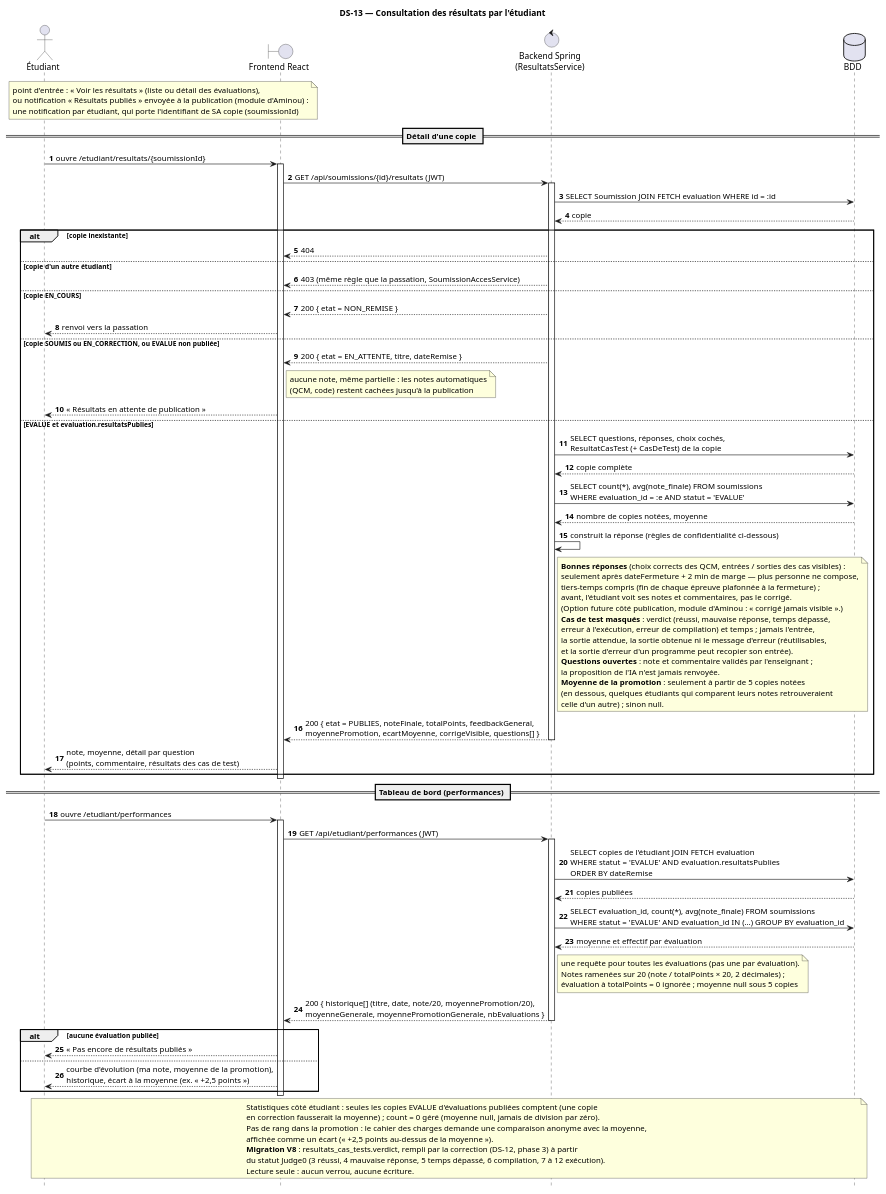
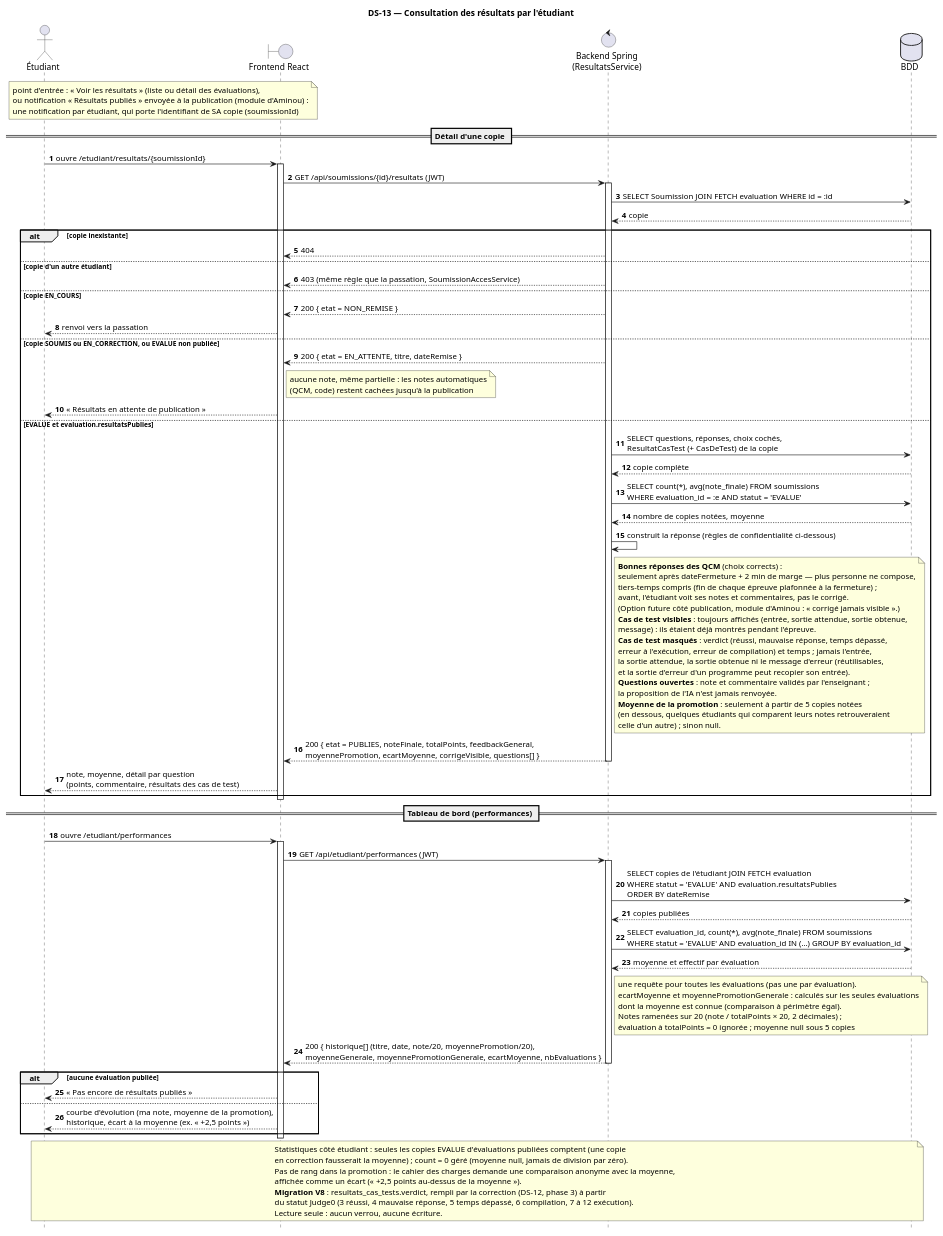
Before and after one commit to MorLeye75/eval-platform: the diagram in docs/diagrammes-sequence/DS-13-consultation-resultats.puml, drawn with PlantUML. The commit also changed 30 other files, not shown here.

```diff
--- a/docs/diagrammes-sequence/DS-13-consultation-resultats.puml
+++ b/docs/diagrammes-sequence/DS-13-consultation-resultats.puml
@@ -1,82 +1,84 @@
 @startuml DS-13_consultation_resultats
 title DS-13 — Consultation des résultats par l'étudiant
 hide footbox
 autonumber
 actor "Étudiant" as E
 boundary "Frontend React" as F
 control "Backend Spring\n(ResultatsService)" as B
 database "BDD" as D
 
 note over E, F : point d'entrée : « Voir les résultats » (liste ou détail des évaluations),\nou notification « Résultats publiés » envoyée à la publication (module d'Aminou) :\nune notification par étudiant, qui porte l'identifiant de SA copie (soumissionId)
 
 == Détail d'une copie ==
 E -> F : ouvre /etudiant/resultats/{soumissionId}
 activate F
 F -> B ++ : GET /api/soumissions/{id}/resultats (JWT)
 B -> D : SELECT Soumission JOIN FETCH evaluation WHERE id = :id
 D --> B : copie
 alt copie inexistante
   B --> F : 404
 else copie d'un autre étudiant
   B --> F : 403 (même règle que la passation, SoumissionAccesService)
 else copie EN_COURS
   B --> F : 200 { etat = NON_REMISE }
   F --> E : renvoi vers la passation
 else copie SOUMIS ou EN_CORRECTION, ou EVALUE non publiée
   B --> F : 200 { etat = EN_ATTENTE, titre, dateRemise }
   note right of F : aucune note, même partielle : les notes automatiques\n(QCM, code) restent cachées jusqu'à la publication
   F --> E : « Résultats en attente de publication »
 else EVALUE et evaluation.resultatsPublies
   B -> D : SELECT questions, réponses, choix cochés,\nResultatCasTest (+ CasDeTest) de la copie
   D --> B : copie complète
   B -> D : SELECT count(*), avg(note_finale) FROM soumissions\nWHERE evaluation_id = :e AND statut = 'EVALUE'
   D --> B : nombre de copies notées, moyenne
   B -> B : construit la réponse (règles de confidentialité ci-dessous)
   note right of B
-    **Bonnes réponses** (choix corrects des QCM, entrées / sorties des cas visibles) :
+    **Bonnes réponses des QCM** (choix corrects) :
     seulement après dateFermeture + 2 min de marge — plus personne ne compose,
     tiers-temps compris (fin de chaque épreuve plafonnée à la fermeture) ;
     avant, l'étudiant voit ses notes et commentaires, pas le corrigé.
     (Option future côté publication, module d'Aminou : « corrigé jamais visible ».)
+    **Cas de test visibles** : toujours affichés (entrée, sortie attendue, sortie obtenue,
+    message) : ils étaient déjà montrés pendant l'épreuve.
     **Cas de test masqués** : verdict (réussi, mauvaise réponse, temps dépassé,
     erreur à l'exécution, erreur de compilation) et temps ; jamais l'entrée,
     la sortie attendue, la sortie obtenue ni le message d'erreur (réutilisables,
     et la sortie d'erreur d'un programme peut recopier son entrée).
     **Questions ouvertes** : note et commentaire validés par l'enseignant ;
     la proposition de l'IA n'est jamais renvoyée.
     **Moyenne de la promotion** : seulement à partir de 5 copies notées
     (en dessous, quelques étudiants qui comparent leurs notes retrouveraient
     celle d'un autre) ; sinon null.
   end note
   B --> F -- : 200 { etat = PUBLIES, noteFinale, totalPoints, feedbackGeneral,\nmoyennePromotion, ecartMoyenne, corrigeVisible, questions[] }
   F --> E : note, moyenne, détail par question\n(points, commentaire, résultats des cas de test)
 end
 deactivate F
 
 == Tableau de bord (performances) ==
 E -> F : ouvre /etudiant/performances
 activate F
 F -> B ++ : GET /api/etudiant/performances (JWT)
 B -> D : SELECT copies de l'étudiant JOIN FETCH evaluation\nWHERE statut = 'EVALUE' AND evaluation.resultatsPublies\nORDER BY dateRemise
 D --> B : copies publiées
 B -> D : SELECT evaluation_id, count(*), avg(note_finale) FROM soumissions\nWHERE statut = 'EVALUE' AND evaluation_id IN (…) GROUP BY evaluation_id
 D --> B : moyenne et effectif par évaluation
-note right of B : une requête pour toutes les évaluations (pas une par évaluation).\nNotes ramenées sur 20 (note / totalPoints × 20, 2 décimales) ;\névaluation à totalPoints = 0 ignorée ; moyenne null sous 5 copies
-B --> F -- : 200 { historique[] (titre, date, note/20, moyennePromotion/20),\nmoyenneGenerale, moyennePromotionGenerale, nbEvaluations }
+note right of B : une requête pour toutes les évaluations (pas une par évaluation).\necartMoyenne et moyennePromotionGenerale : calculés sur les seules évaluations\ndont la moyenne est connue (comparaison à périmètre égal).\nNotes ramenées sur 20 (note / totalPoints × 20, 2 décimales) ;\névaluation à totalPoints = 0 ignorée ; moyenne null sous 5 copies
+B --> F -- : 200 { historique[] (titre, date, note/20, moyennePromotion/20),\nmoyenneGenerale, moyennePromotionGenerale, ecartMoyenne, nbEvaluations }
 alt aucune évaluation publiée
   F --> E : « Pas encore de résultats publiés »
 else
   F --> E : courbe d'évolution (ma note, moyenne de la promotion),\nhistorique, écart à la moyenne (ex. « +2,5 points »)
 end
 deactivate F
 
 note over E, D
   Statistiques côté étudiant : seules les copies EVALUE d'évaluations publiées comptent (une copie
   en correction fausserait la moyenne) ; count = 0 géré (moyenne null, jamais de division par zéro).
   Pas de rang dans la promotion : le cahier des charges demande une comparaison anonyme avec la moyenne,
   affichée comme un écart (« +2,5 points au-dessus de la moyenne »).
   **Migration V8** : resultats_cas_tests.verdict, rempli par la correction (DS-12, phase 3) à partir
   du statut Judge0 (3 réussi, 4 mauvaise réponse, 5 temps dépassé, 6 compilation, 7 à 12 exécution).
   Lecture seule : aucun verrou, aucune écriture.
 end note
 @enduml
```
